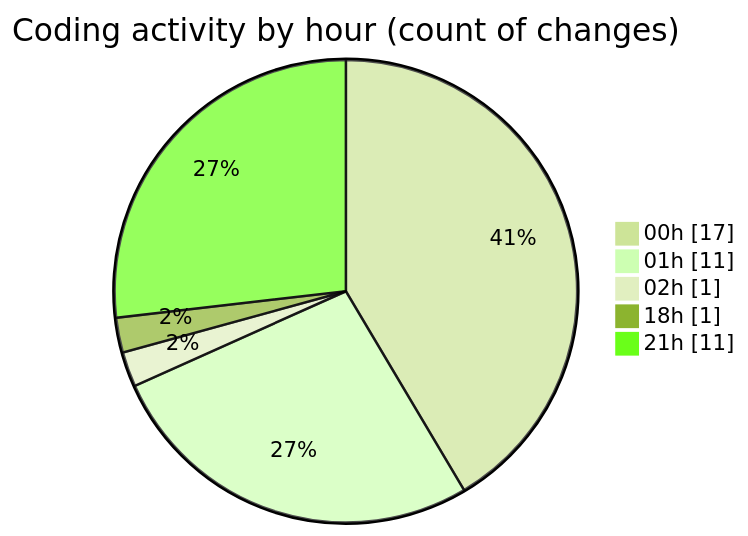
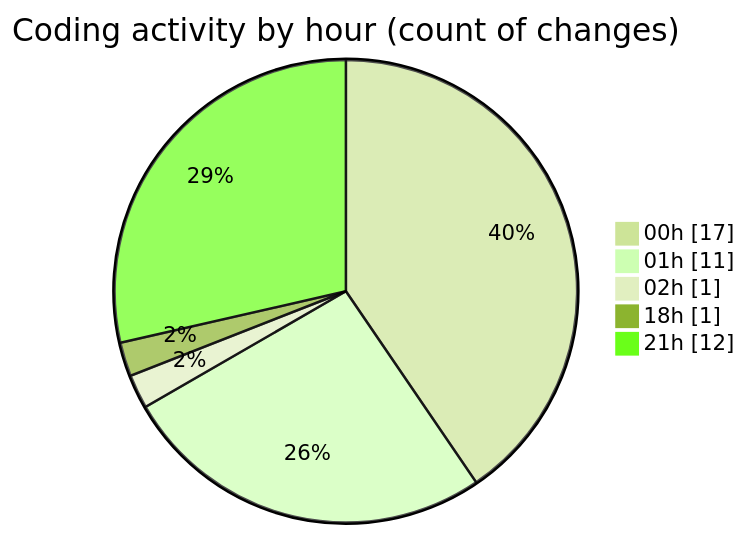
One commit to julien-gomy/code-tracking changed the second of 2 diagrams in 2025-11-22/eventscop-api-guide__workspace_/README.md. Above: the diagram before and after it, drawn with Mermaid (forest theme). The commit also changed other lines of this file and 1 other file, not shown here.

````diff
--- a/2025-11-22/eventscop-api-guide__workspace_/README.md
+++ b/2025-11-22/eventscop-api-guide__workspace_/README.md
@@ -41,9 +41,9 @@
 ```mermaid
 pie showData
 title Coding activity by hour (count of changes)
 "00h" : 17
 "01h" : 11
 "02h" : 1
 "18h" : 1
-"21h" : 11
+"21h" : 12
 ```
````
